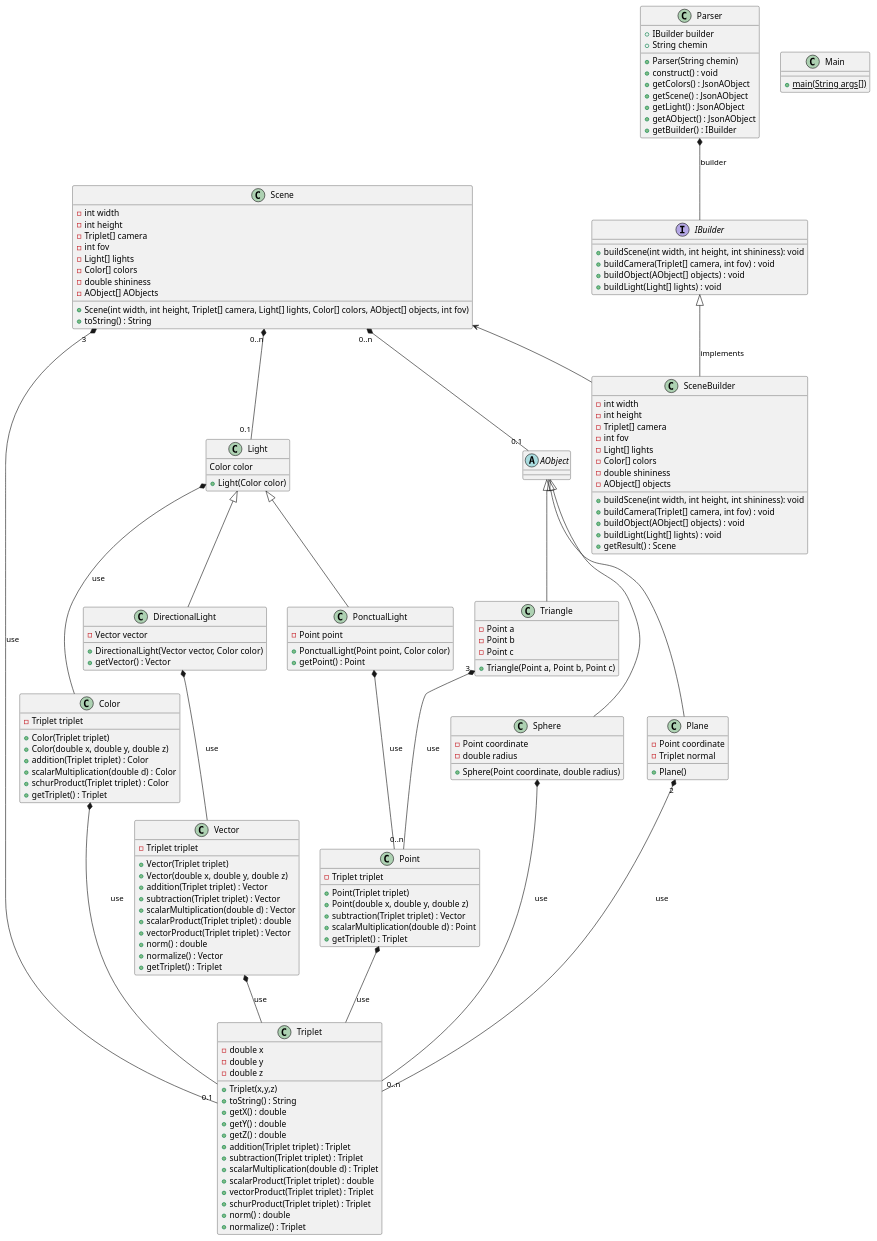
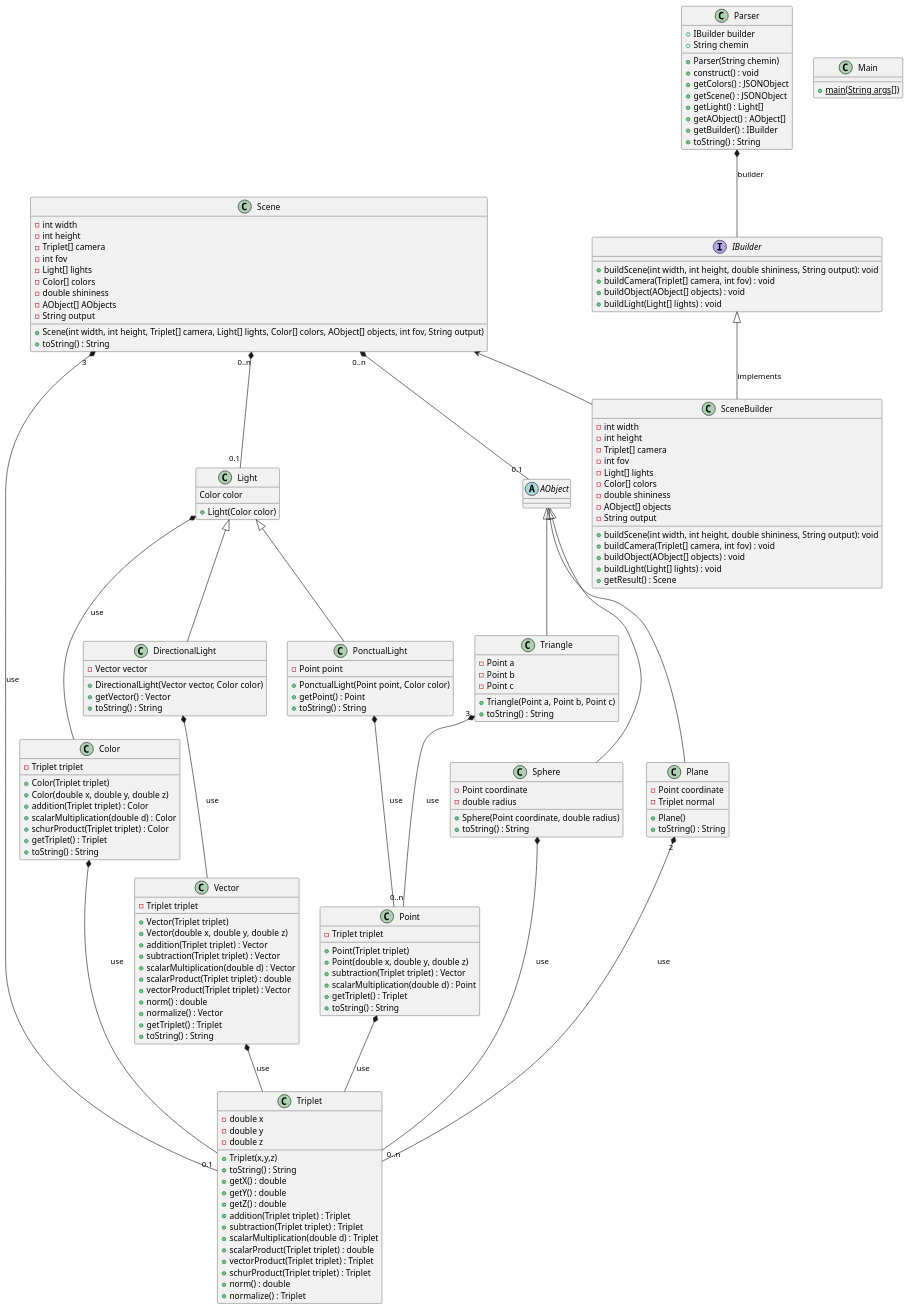
The diagram in RayTracing.puml (DarkWolf62/RaytracerLib), drawn with PlantUML before and after one commit.

Commit message:
:memo: Edit de l'UML #1

```diff
--- a/RayTracing.puml
+++ b/RayTracing.puml
@@ -73,6 +73,7 @@
 +norm() : double
 +normalize() : Vector
 + getTriplet() : Triplet
++ toString() : String
 }
 
 class Point{
@@ -82,6 +83,7 @@
 +subtraction(Triplet triplet) : Vector
 +scalarMultiplication(double d) : Point
 + getTriplet() : Triplet
++ toString() : String
 }
 
 class Color{
@@ -92,6 +94,7 @@
 + scalarMultiplication(double d) : Color
 + schurProduct(Triplet triplet) : Color
 + getTriplet() : Triplet
++ toString() : String
 }
 
 
@@ -104,12 +107,14 @@
 - Point point
 + PonctualLight(Point point, Color color)
 + getPoint() : Point
++ toString() : String
 }
 
 class DirectionalLight extends Light{
 - Vector vector
 + DirectionalLight(Vector vector, Color color)
 + getVector() : Vector
++ toString() : String
 }
 
 class Triangle extends AObject {
@@ -117,25 +122,28 @@
 - Point b
 - Point c
 + Triangle(Point a, Point b, Point c)
++ toString() : String
 }
 
 class Plane extends AObject{
 - Point coordinate
 - Triplet normal
 + Plane()
++ toString() : String
 }
 
 class Sphere extends AObject {
 - Point coordinate
 - double radius
 + Sphere(Point coordinate, double radius)
++ toString() : String
 }
 
-'note "Patron de conception : Builder" as N2
-'Scene .. N2
-'IBuilder .. N2
-'SceneBuilder .. N2
-'Parser .. N2
+/'note "Patron de conception : Builder" as N2
+Scene .. N2
+IBuilder .. N2
+SceneBuilder .. N2
+Parser .. N2'/
 
 class Scene{
 - int width
@@ -146,12 +154,13 @@
 - Color[] colors
 - double shininess
 - AObject[] AObjects
-+ Scene(int width, int height, Triplet[] camera, Light[] lights, Color[] colors, AObject[] objects, int fov)
+- String output
++ Scene(int width, int height, Triplet[] camera, Light[] lights, Color[] colors, AObject[] objects, int fov, String output)
 + toString() : String
 }
 
 interface IBuilder {
-+ buildScene(int width, int height, int shininess): void
++ buildScene(int width, int height, double shininess, String output): void
 + buildCamera(Triplet[] camera, int fov) : void
 + buildObject(AObject[] objects) : void
 + buildLight(Light[] lights) : void
@@ -166,7 +175,8 @@
 - Color[] colors
 - double shininess
 - AObject[] objects
-+ buildScene(int width, int height, int shininess): void
+- String output
++ buildScene(int width, int height, double shininess, String output): void
 + buildCamera(Triplet[] camera, int fov) : void
 + buildObject(AObject[] objects) : void
 + buildLight(Light[] lights) : void
@@ -178,11 +188,12 @@
 +String chemin
 +Parser(String chemin)
 +construct() : void
-+ getColors() : JsonAObject
-+getScene() : JsonAObject
-+getLight() : JsonAObject
-+getAObject() : JsonAObject
++ getColors() : JSONObject
++getScene() : JSONObject
++getLight() : Light[]
++getAObject() : AObject[]
 + getBuilder() : IBuilder
++ toString() : String
 }
 
 class Main{
```
